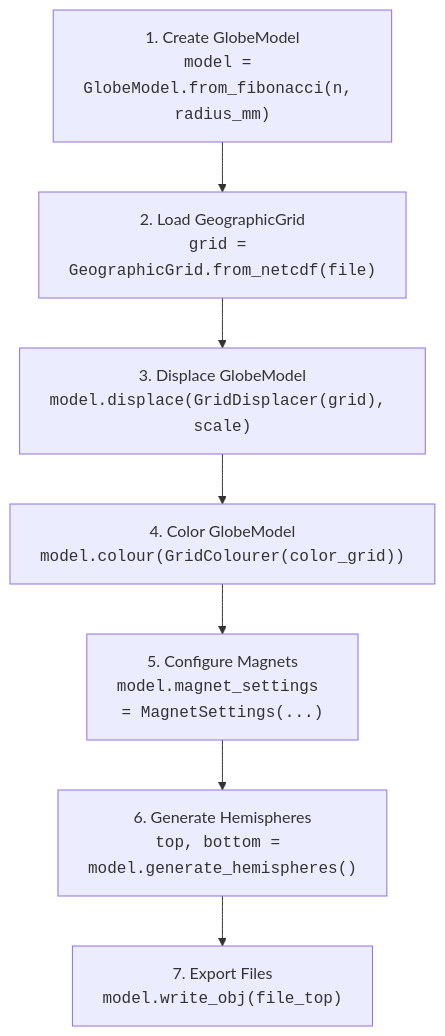
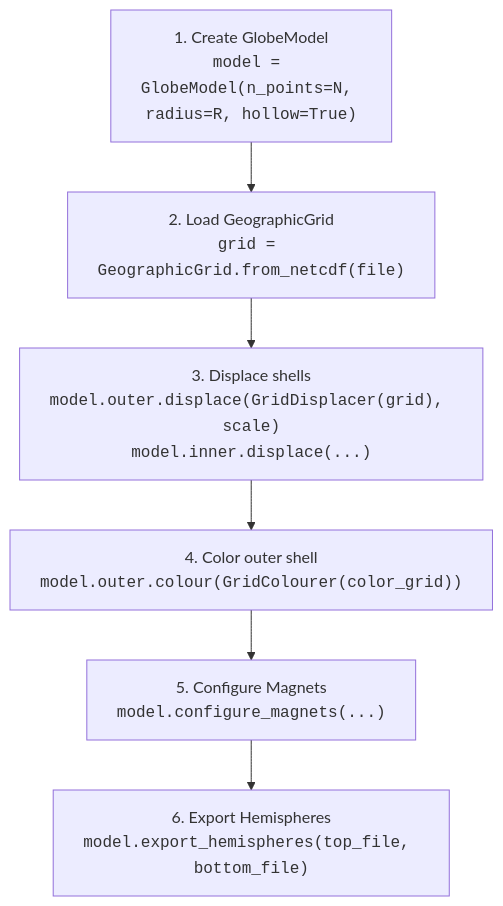
The second of 2 diagrams in DEVELOPER_GUIDE.md (jeffwinterbourne/3D_globes), drawn with Mermaid before and after one commit. The commit also changed other lines of this file and 12 other files, not shown here.

````diff
--- a/DEVELOPER_GUIDE.md
+++ b/DEVELOPER_GUIDE.md
@@ -294,10 +329,9 @@
 ```mermaid
 flowchart TD
-    A["1. Create GlobeModel<br/><code>model = GlobeModel.from_fibonacci(n, radius_mm)</code>"] --> B
+    A["1. Create GlobeModel<br/><code>model = GlobeModel(n_points=N, radius=R, hollow=True)</code>"] --> B
     B["2. Load GeographicGrid<br/><code>grid = GeographicGrid.from_netcdf(file)</code>"] --> C
-    C["3. Displace GlobeModel<br/><code>model.displace(GridDisplacer(grid), scale)</code>"] --> D
-    D["4. Color GlobeModel<br/><code>model.colour(GridColourer(color_grid))</code>"] --> E
-    E["5. Configure Magnets<br/><code>model.magnet_settings = MagnetSettings(...)</code>"] --> F
-    F["6. Generate Hemispheres<br/><code>top, bottom = model.generate_hemispheres()</code>"] --> G
-    G["7. Export Files<br/><code>model.write_obj(file_top)</code>"]
+    C["3. Displace shells<br/><code>model.outer.displace(GridDisplacer(grid), scale)</code><br/><code>model.inner.displace(...)</code>"] --> D
+    D["4. Color outer shell<br/><code>model.outer.colour(GridColourer(color_grid))</code>"] --> E
+    E["5. Configure Magnets<br/><code>model.configure_magnets(...)</code>"] --> F
+    F["6. Export Hemispheres<br/><code>model.export_hemispheres(top_file, bottom_file)</code>"]
 ```
````
